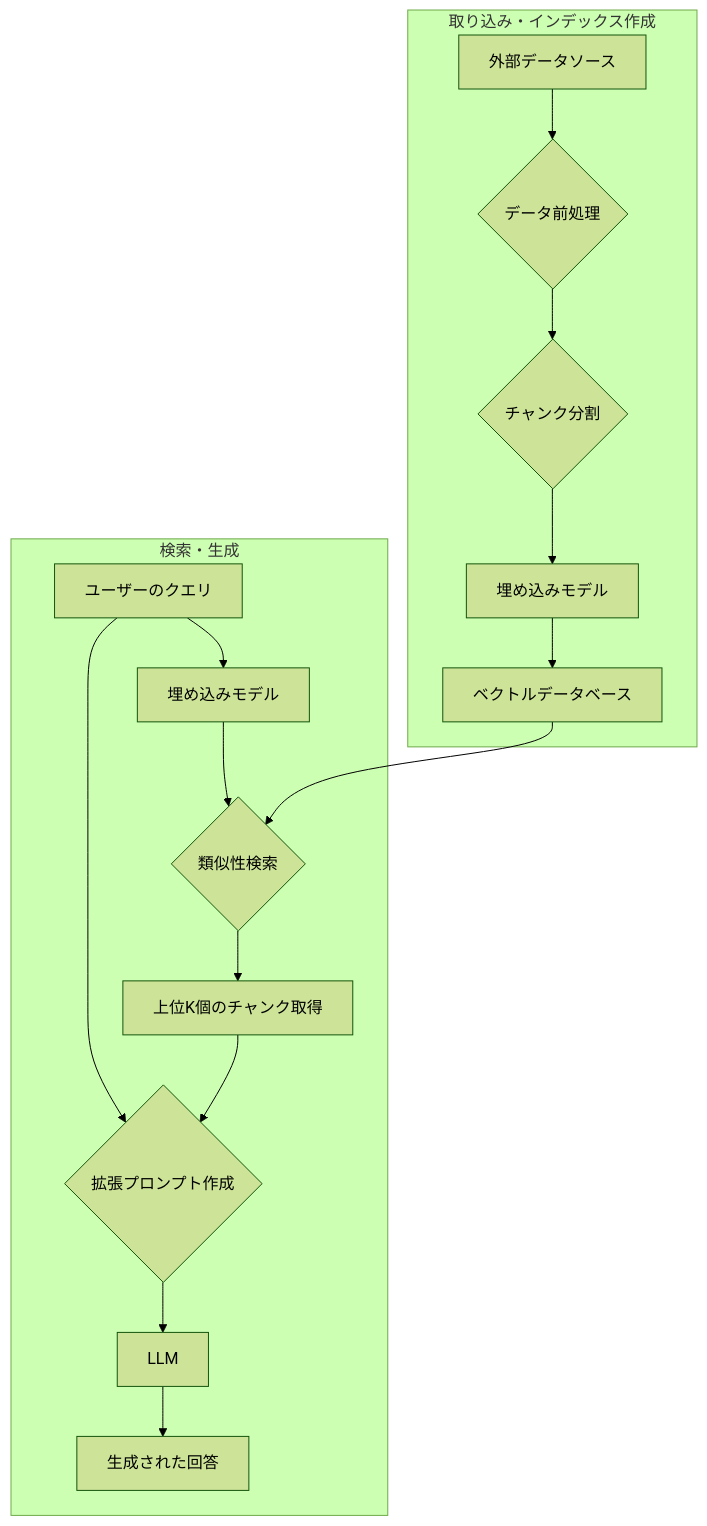
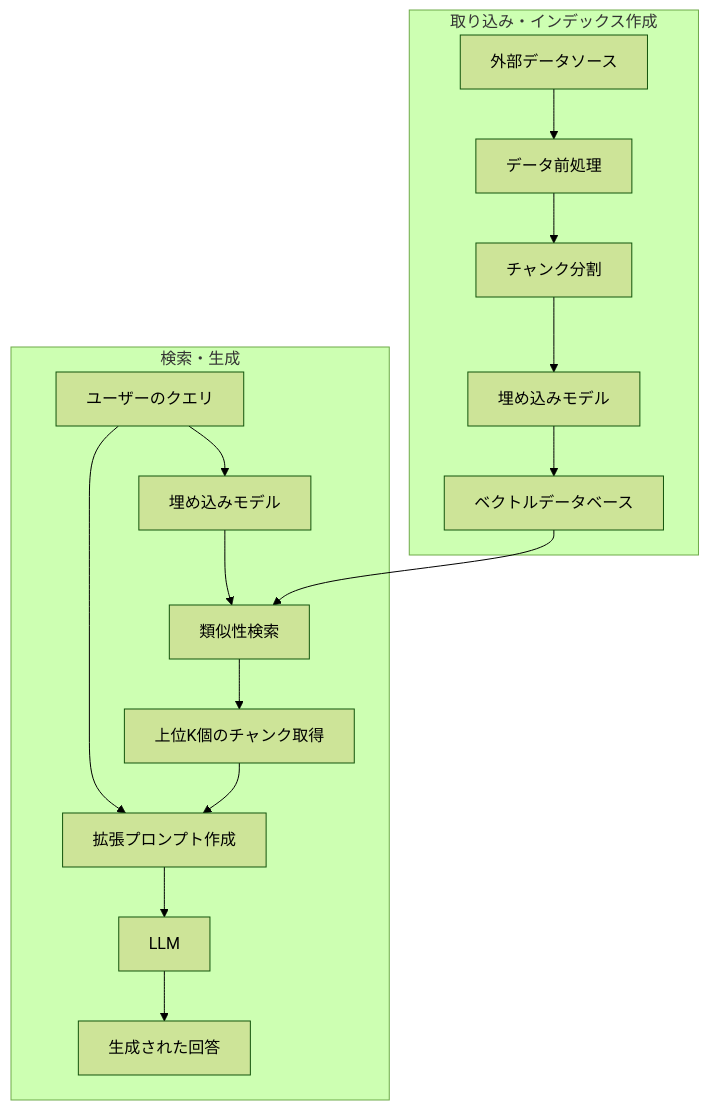
One commit to suwa-sh/zenn-contents changed the second of 5 diagrams in articles/context_engineering_20250719.md. Above: the diagram before and after it, drawn with Mermaid (forest theme). The commit also changed other lines of this file and 3 other files, not shown here.

````diff
--- a/articles/context_engineering_20250719.md
+++ b/articles/context_engineering_20250719.md
@@ -87,20 +153,20 @@
 ```mermaid
-graph TD
+flowchart TD
     subgraph "取り込み・インデックス作成"
-        A[外部データソース] --> B{データ前処理};
-        B --> C{チャンク分割};
-        C --> D[埋め込みモデル];
-        D --> E[ベクトルデータベース];
+        A["外部データソース"] --> B["データ前処理"];
+        B --> C["チャンク分割"];
+        C --> D["埋め込みモデル"];
+        D --> E["ベクトルデータベース"];
     end
 
     subgraph "検索・生成"
-        F[ユーザーのクエリ] --> G[埋め込みモデル];
-        G --> H{類似性検索};
+        F["ユーザーのクエリ"] --> G["埋め込みモデル"];
+        G --> H["類似性検索"];
         E --> H;
-        H --> I[上位K個のチャンク取得];
-        I --> J{拡張プロンプト作成};
+        H --> I["上位K個のチャンク取得"];
+        I --> J["拡張プロンプト作成"];
         F --> J;
-        J --> K[LLM];
-        K --> L[生成された回答];
+        J --> K["LLM"];
+        K --> L["生成された回答"];
     end
 ```
````
